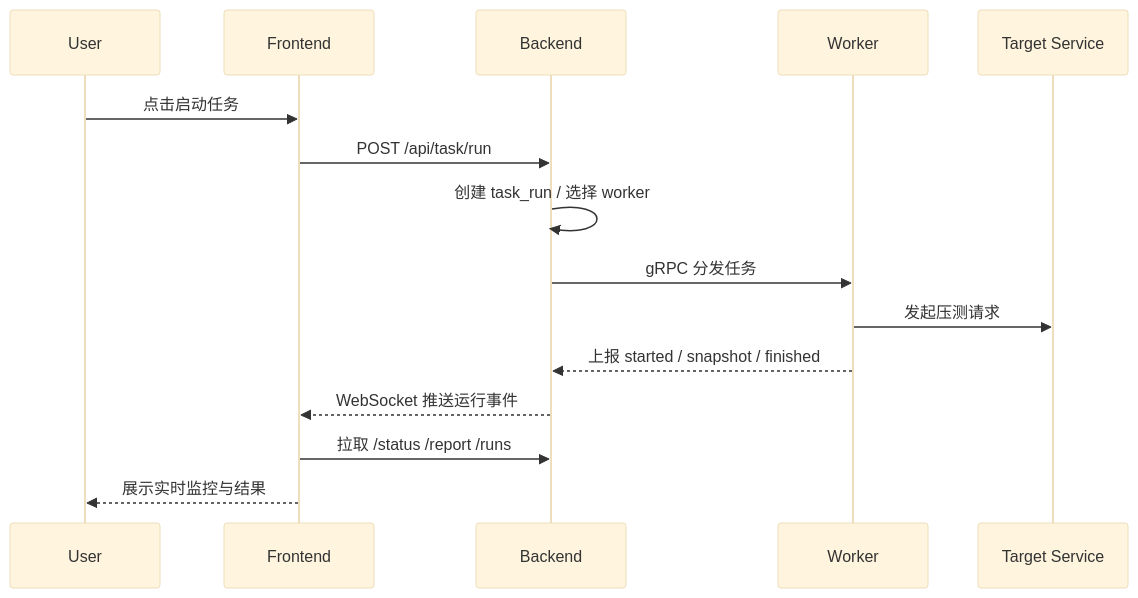
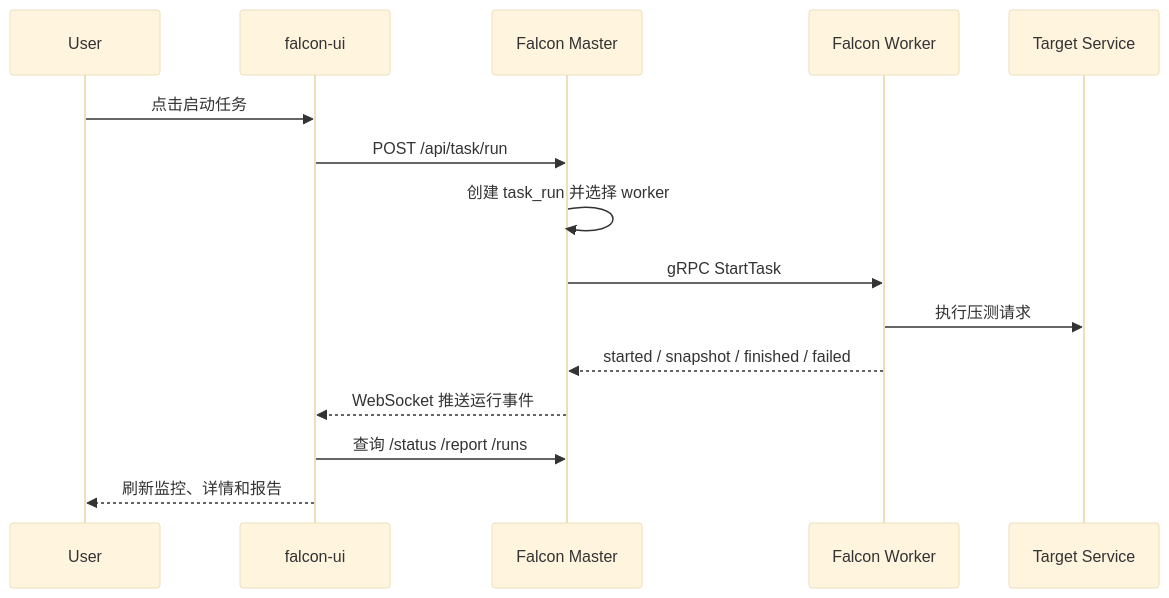
The second of 3 diagrams in README.md (JiChaoSong/Falcon), drawn with Mermaid (base theme) before and after one commit. The commit also changed other lines of this file and 283 other files, not shown here.

````diff
--- a/README.md
+++ b/README.md
@@ -124,18 +111,18 @@
 ```mermaid
 sequenceDiagram
   participant U as User
-  participant FE as Frontend
-  participant BE as Backend
-  participant WK as Worker
+  participant FE as falcon-ui
+  participant BE as Falcon Master
+  participant WK as Falcon Worker
   participant TS as Target Service
 
   U->>FE: 点击启动任务
   FE->>BE: POST /api/task/run
-  BE->>BE: 创建 task_run / 选择 worker
-  BE->>WK: gRPC 分发任务
-  WK->>TS: 发起压测请求
-  WK-->>BE: 上报 started / snapshot / finished
+  BE->>BE: 创建 task_run 并选择 worker
+  BE->>WK: gRPC StartTask
+  WK->>TS: 执行压测请求
+  WK-->>BE: started / snapshot / finished / failed
   BE-->>FE: WebSocket 推送运行事件
-  FE->>BE: 拉取 /status /report /runs
-  FE-->>U: 展示实时监控与结果
+  FE->>BE: 查询 /status /report /runs
+  FE-->>U: 刷新监控、详情和报告
 ```
````
